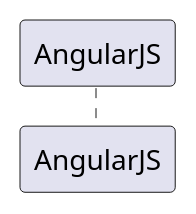
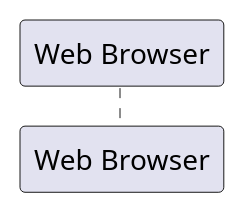
One commit to Rviku/djmarian changed the diagram in design/definitions/FRONT.puml. Above: the diagram before and after it, drawn with PlantUML. The commit also changed 8 other files, not shown here.

```diff
--- a/design/definitions/FRONT.puml
+++ b/design/definitions/FRONT.puml
@@ -1,3 +1,3 @@
 @startuml
-participant "AngularJS" as FRONT
+participant "Web Browser" as FRONT
 @enduml
```
